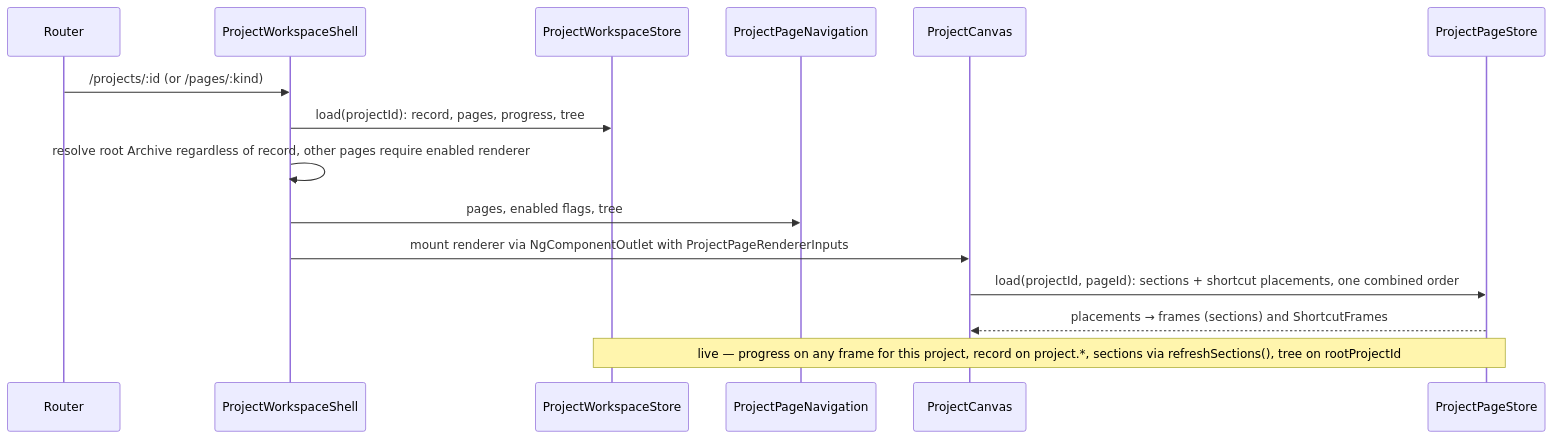
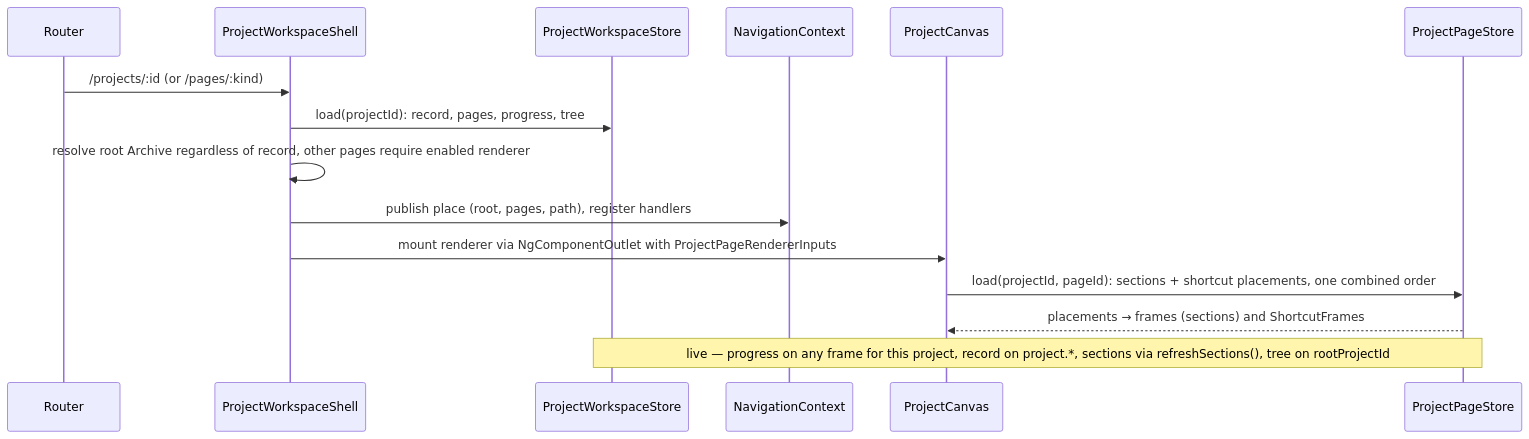
Before and after one commit to CalciteDragon/Canvas-work-manager-prototype: the second of 2 diagrams in docs/architecture/web/projects/what.md, drawn with Mermaid. The commit also changed other lines of this file and 64 other files, not shown here.

First line of the commit message:
feat(slice 81): step 6 lifts move, with step 8's column deletion brought forward; More calls the navigation context; at 1,149.60 kB (§23, §26, §77)

````diff
--- a/docs/architecture/web/projects/what.md
+++ b/docs/architecture/web/projects/what.md
@@ -74,17 +78,17 @@
 ```mermaid
 sequenceDiagram
   participant R as Router
   participant S as ProjectWorkspaceShell
   participant W as ProjectWorkspaceStore
-  participant N as ProjectPageNavigation
+  participant N as NavigationContext
   participant C as ProjectCanvas
   participant P as ProjectPageStore
   R->>S: /projects/:id (or /pages/:kind)
   S->>W: load(projectId): record, pages, progress, tree
   S->>S: resolve root Archive regardless of record, other pages require enabled renderer
-  S->>N: pages, enabled flags, tree
+  S->>N: publish place (root, pages, path), register handlers
   S->>C: mount renderer via NgComponentOutlet with ProjectPageRendererInputs
   C->>P: load(projectId, pageId): sections + shortcut placements, one combined order
   P-->>C: placements → frames (sections) and ShortcutFrames
   Note over W,P: live — progress on any frame for this project, record on project.*, sections via refreshSections(), tree on rootProjectId
 ```
````
